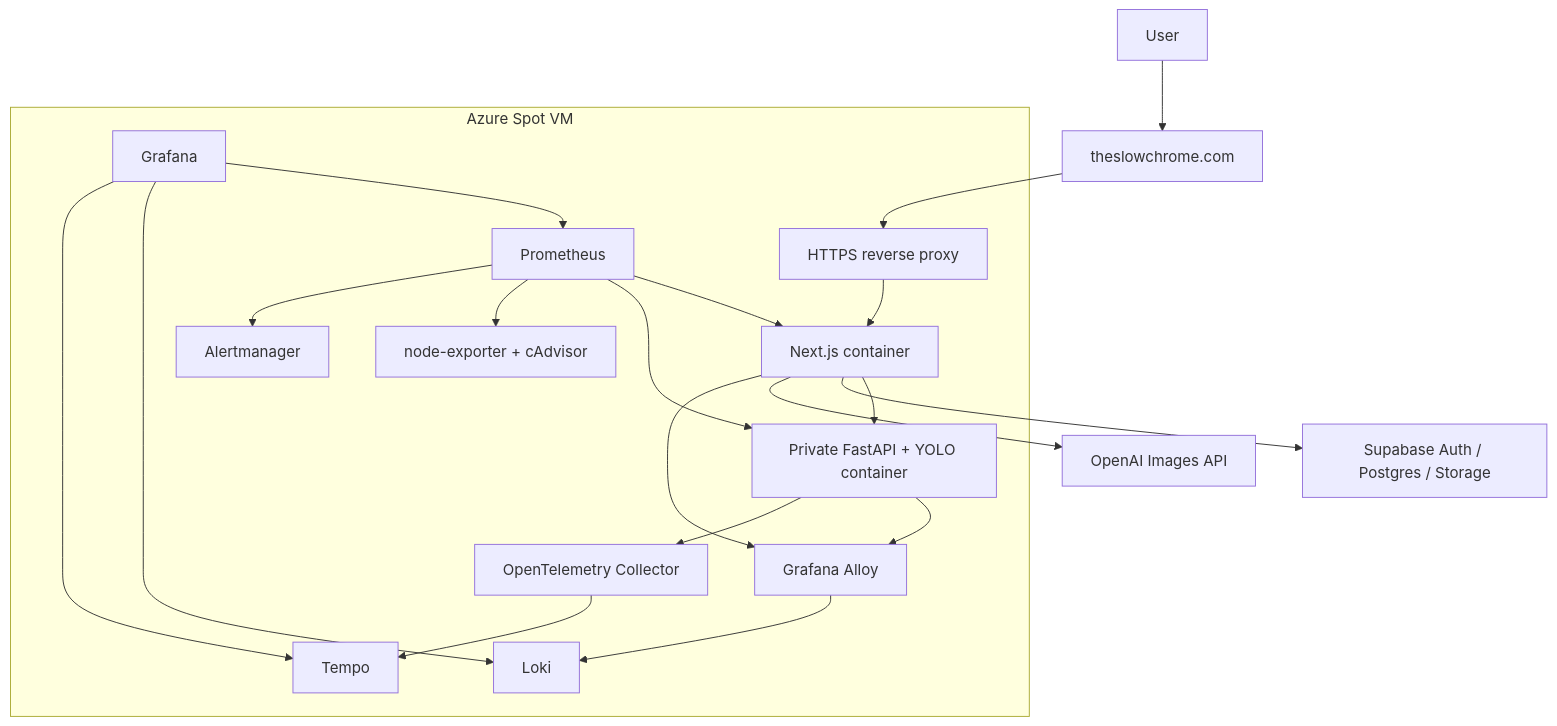
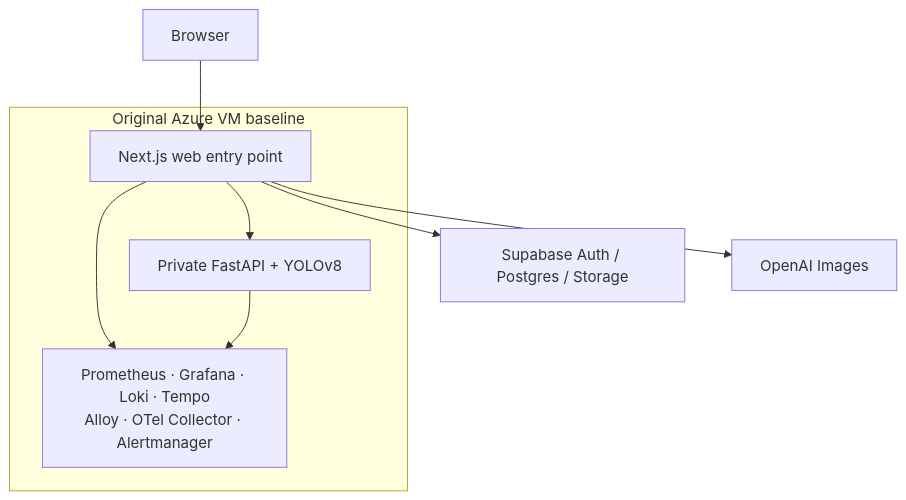
The first of 3 diagrams in docs/technical-case-study.md (hzzcoding/SlowChrome-Showcase), drawn with Mermaid before and after one commit. The commit also changed other lines of this file and 4 other files, not shown here.

````diff
--- a/docs/technical-case-study.md
+++ b/docs/technical-case-study.md
@@ -51,33 +43,15 @@
 ```mermaid
 flowchart TD
-    user["User"] --> domain["theslowchrome.com"]
-    domain --> proxy["HTTPS reverse proxy"]
+    browser["Browser"] --> web["Next.js web entry point"]
+    web --> api["Private FastAPI + YOLOv8"]
+    web --> supabase["Supabase Auth / Postgres / Storage"]
+    web --> openai["OpenAI Images"]
 
-    subgraph vm["Azure Spot VM"]
-        proxy --> frontend["Next.js container"]
-        frontend --> backend["Private FastAPI + YOLO container"]
-        prometheus["Prometheus"]
-        grafana["Grafana"]
-        loki["Loki"]
-        tempo["Tempo"]
-        alloy["Grafana Alloy"]
-        otel["OpenTelemetry Collector"]
-        alertmanager["Alertmanager"]
-        host["node-exporter + cAdvisor"]
+    subgraph vm["Original Azure VM baseline"]
+        web
+        api
+        vmobs["Prometheus · Grafana · Loki · Tempo\nAlloy · OTel Collector · Alertmanager"]
     end
-
-    frontend --> supabase["Supabase Auth / Postgres / Storage"]
-    frontend --> openai["OpenAI Images API"]
-    prometheus --> frontend
-    prometheus --> backend
-    prometheus --> host
-    frontend --> alloy
-    backend --> alloy
-    alloy --> loki
-    backend --> otel
-    otel --> tempo
-    prometheus --> alertmanager
-    grafana --> prometheus
-    grafana --> loki
-    grafana --> tempo
+    web --> vmobs
+    api --> vmobs
 ```
````
